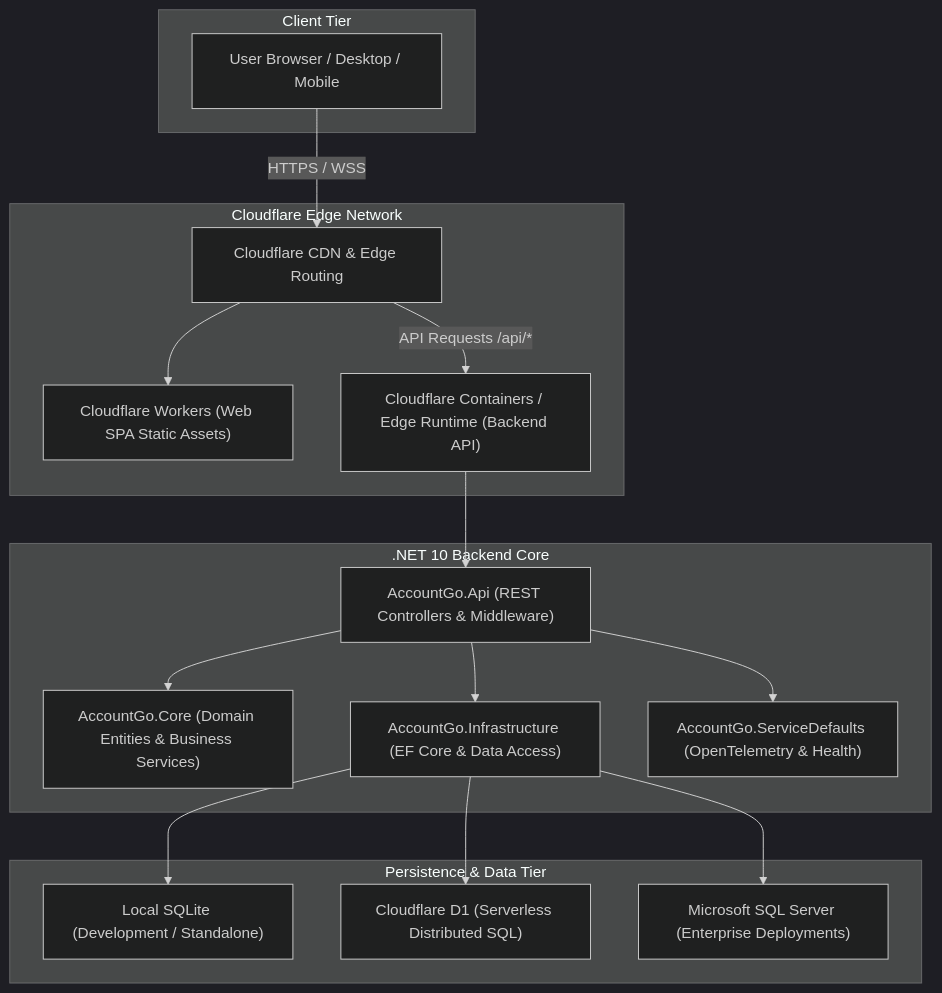
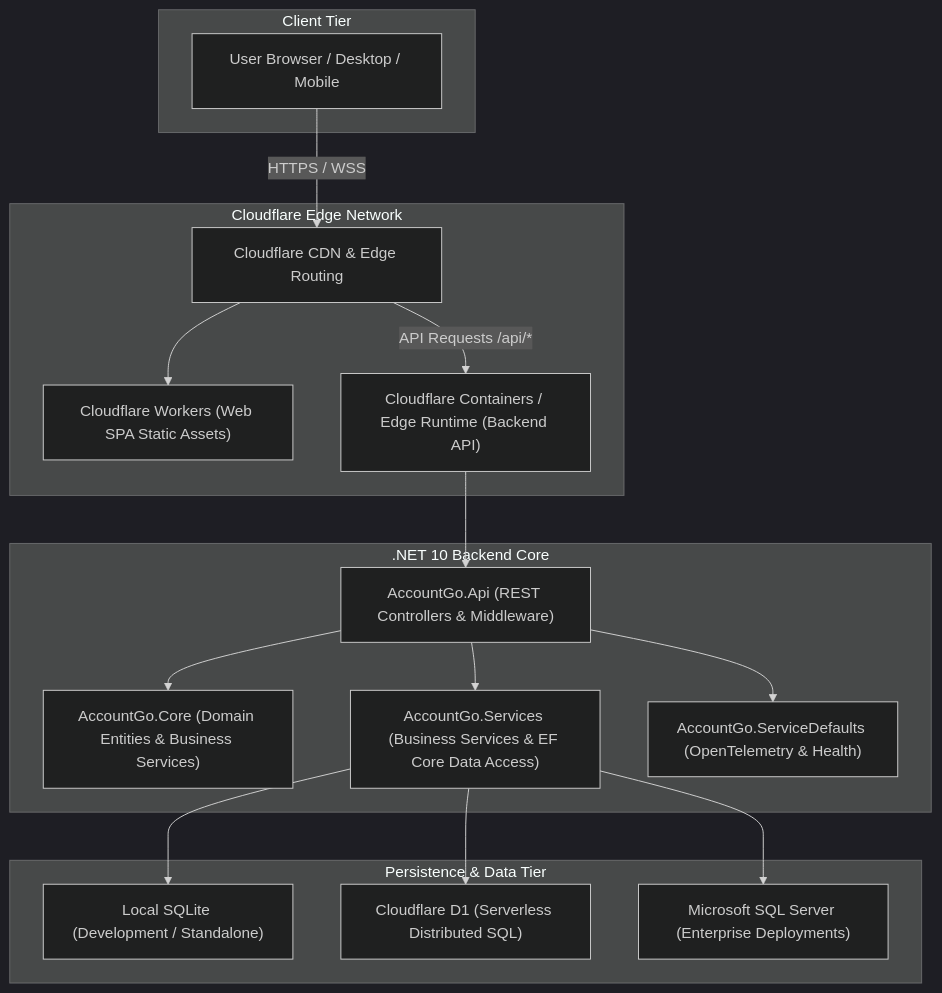
One commit to AccountGo/accountgo changed the first of 2 diagrams in docs/ARCHITECTURE.md. Above: the diagram before and after it, drawn with Mermaid (dark theme). The commit also changed other lines of this file and 37 other files, not shown here.

````diff
--- a/docs/ARCHITECTURE.md
+++ b/docs/ARCHITECTURE.md
@@ -11,36 +11,36 @@
 ```mermaid
 flowchart TD
     subgraph Client["Client Tier"]
         Browser["User Browser / Desktop / Mobile"]
     end
 
     subgraph Edge["Cloudflare Edge Network"]
         CDN["Cloudflare CDN & Edge Routing"]
         WebSPA["Cloudflare Workers (Web SPA Static Assets)"]
         CFContainers["Cloudflare Containers / Edge Runtime (Backend API)"]
     end
 
     subgraph Backend[".NET 10 Backend Core"]
         API["AccountGo.Api (REST Controllers & Middleware)"]
         Core["AccountGo.Core (Domain Entities & Business Services)"]
-        Infra["AccountGo.Infrastructure (EF Core & Data Access)"]
+        Infra["AccountGo.Services (Business Services & EF Core Data Access)"]
         ServiceDefaults["AccountGo.ServiceDefaults (OpenTelemetry & Health)"]
     end
 
     subgraph Storage["Persistence & Data Tier"]
         SQLite["Local SQLite (Development / Standalone)"]
         D1["Cloudflare D1 (Serverless Distributed SQL)"]
         MSSQL["Microsoft SQL Server (Enterprise Deployments)"]
     end
 
     Browser -->|HTTPS / WSS| CDN
     CDN --> WebSPA
     CDN -->|API Requests /api/*| CFContainers
     CFContainers --> API
     API --> Core
     API --> Infra
     API --> ServiceDefaults
     Infra --> SQLite
     Infra --> D1
     Infra --> MSSQL
 ```
````
